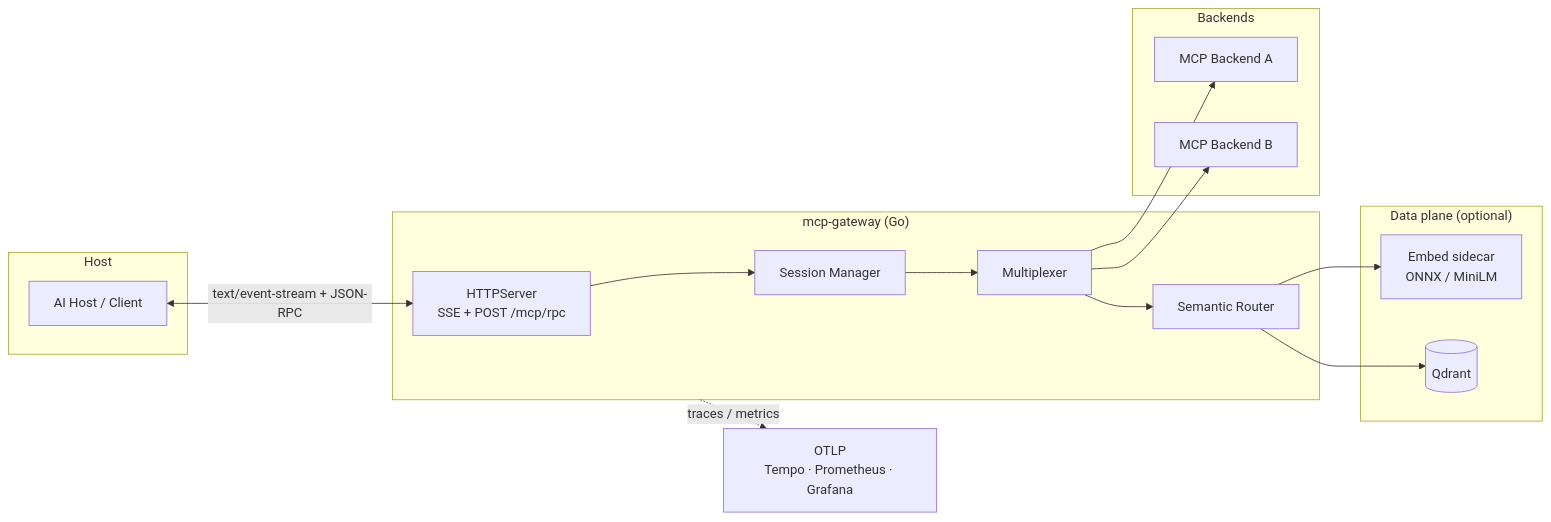
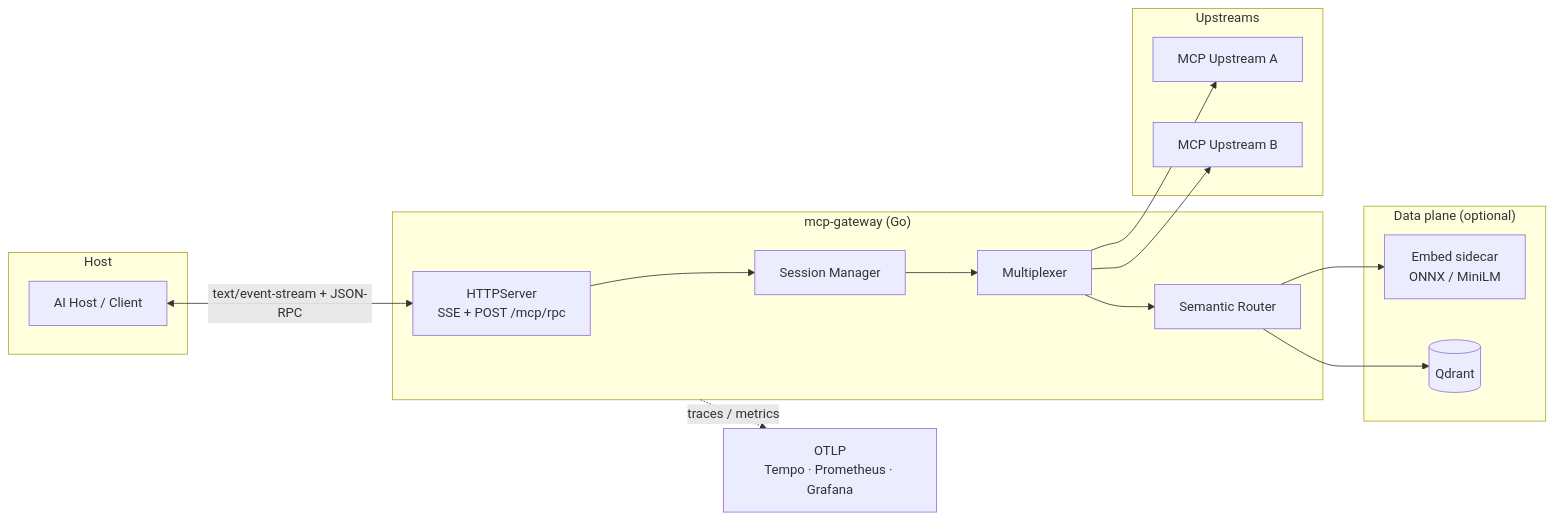
Before and after one commit to KarmaXP/mcp-gateway: the diagram in docs/DEVELOPER.md, drawn with Mermaid. The commit also changed other lines of this file and 61 other files, not shown here.

````diff
--- a/docs/DEVELOPER.md
+++ b/docs/DEVELOPER.md
@@ -18,29 +18,29 @@
 ```mermaid
 flowchart LR
  subgraph Host
   H[AI Host / Client]
  end
  subgraph Gateway["mcp-gateway (Go)"]
   HTTP[HTTPServer\nSSE + POST /mcp/rpc]
   Sess[Session Manager]
   Mpx[Multiplexer]
   R[Semantic Router]
   HTTP --> Sess --> Mpx
   Mpx --> R
  end
- subgraph Backends
-  B1[MCP Backend A]
-  B2[MCP Backend B]
+ subgraph Upstreams
+  B1[MCP Upstream A]
+  B2[MCP Upstream B]
  end
  subgraph DataPlane["Data plane (optional)"]
   E[Embed sidecar\nONNX / MiniLM]
   Q[(Qdrant)]
  end
  OTel[OTLP\nTempo · Prometheus · Grafana]
  H <-- text/event-stream + JSON-RPC --> HTTP
  Mpx --> B1
  Mpx --> B2
  R --> E
  R --> Q
  Gateway -. traces / metrics .-> OTel
 ```
````
